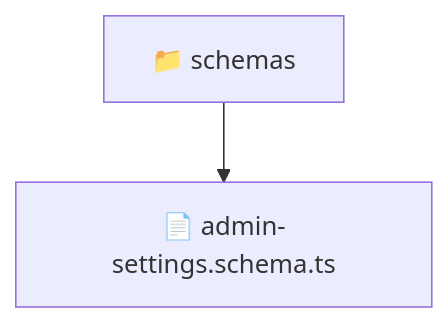
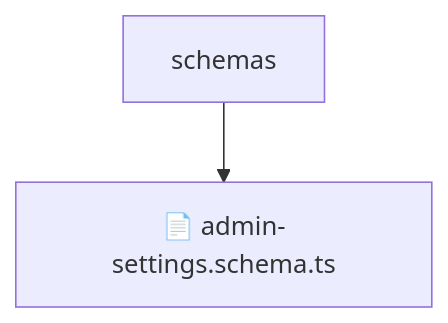
One commit to beginwebdev2002/fullstack-mavluda changed the diagram in backend/src/modules/admin-settings/infrastructure/schemas/README.md. Above: the diagram before and after it, drawn with Mermaid. The commit also changed other lines of this file and 155 other files, not shown here.

````diff
--- a/backend/src/modules/admin-settings/infrastructure/schemas/README.md
+++ b/backend/src/modules/admin-settings/infrastructure/schemas/README.md
@@ -10,5 +14,5 @@
 ```mermaid
 graph TD
-  Root["📁 schemas"]
-  Root --> adminsettingsschemats["📄 admin-settings.schema.ts"]
+    Root[schemas]
+    Root --> F0[📄 admin-settings.schema.ts]
 ```
````
